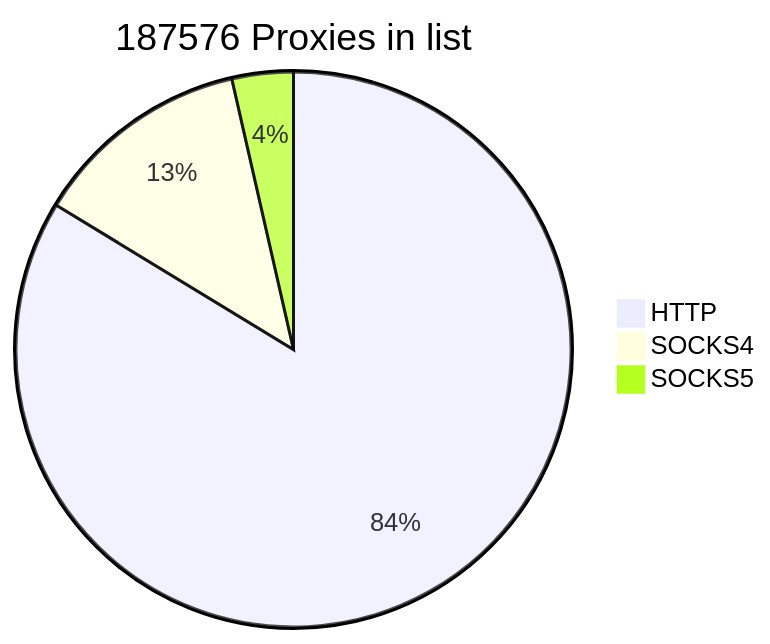
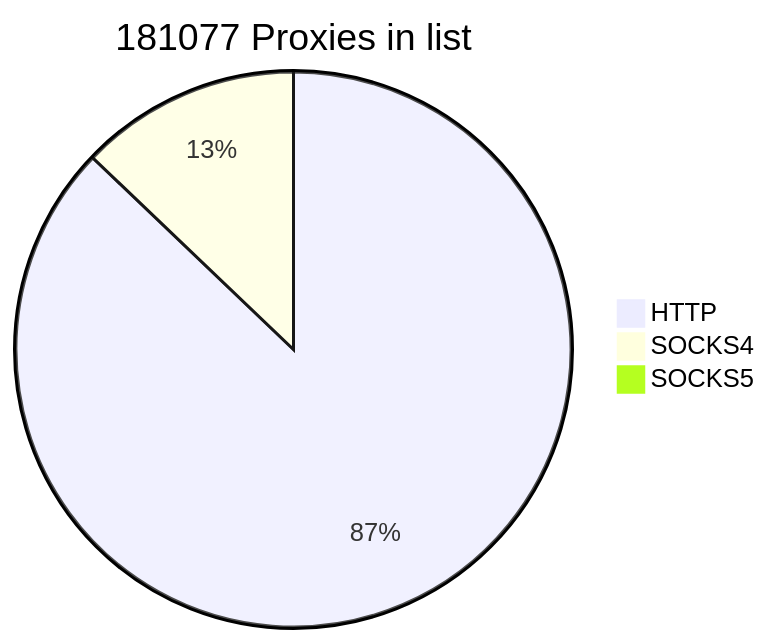
Before and after one commit to cutipu/proxylist: the first of 2 diagrams in README.md, drawn with Mermaid. The commit also changed other lines of this file, not shown here.

````diff
--- a/README.md
+++ b/README.md
@@ -2,7 +2,7 @@
 ```mermaid
-pie title 187576 Proxies in list
-    "HTTP" : 157008
-    "SOCKS4" : 23878
-    "SOCKS5" : 6690
+pie title 181077 Proxies in list
+    "HTTP" : 156985
+    "SOCKS4" : 23183
+    "SOCKS5" : 909
             
 ```
````
